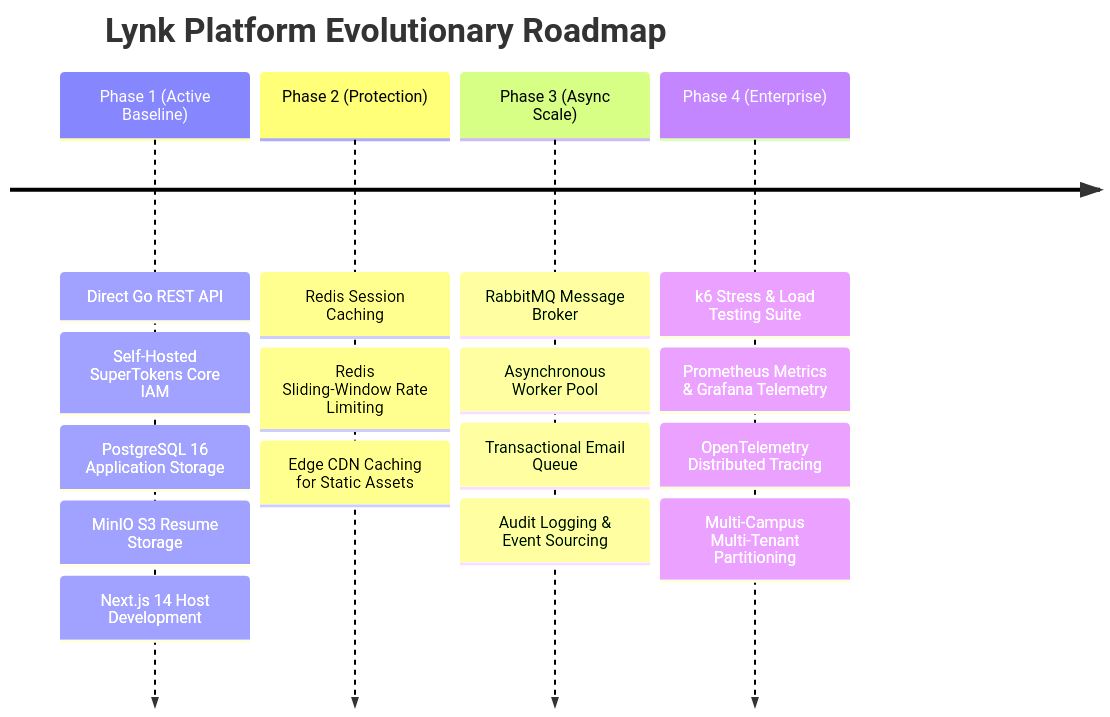
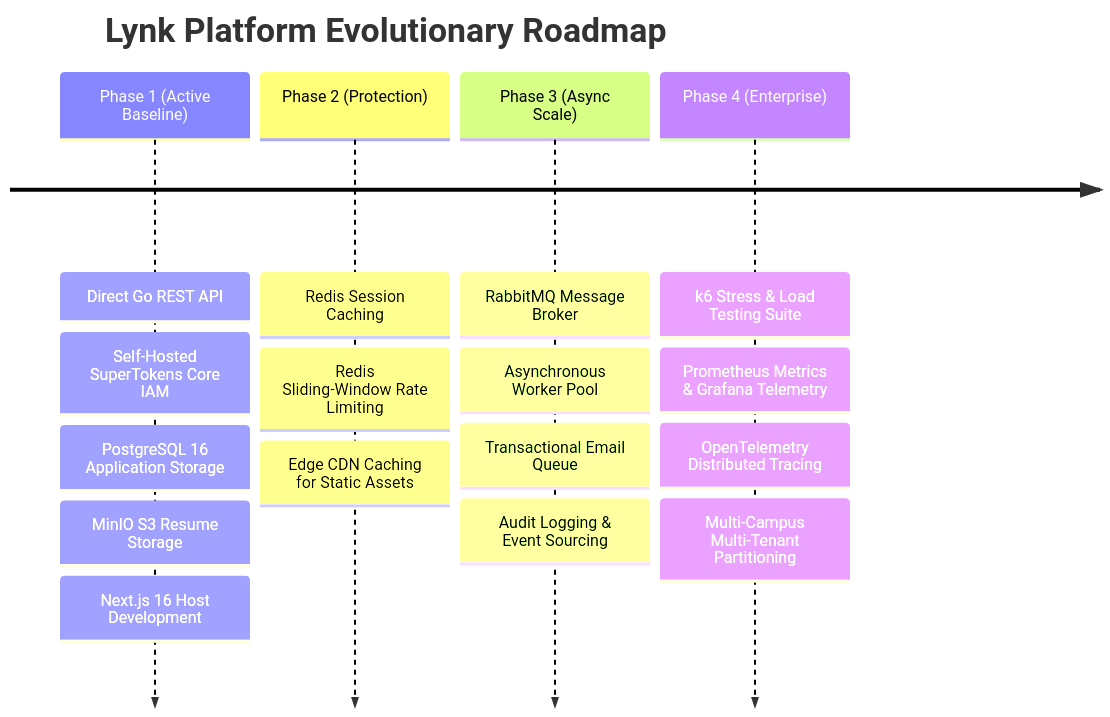
One commit to BIJJUDAMA/Lynk changed the second of 2 diagrams in docs/README.md. Above: the diagram before and after it, drawn with Mermaid. The commit also changed other lines of this file and 14 other files, not shown here.

Commit message:
docs: align documentation with verified system architecture and schemas

````diff
--- a/docs/README.md
+++ b/docs/README.md
@@ -421,20 +422,20 @@
 ```mermaid
 timeline
     title Lynk Platform Evolutionary Roadmap
     Phase 1 (Active Baseline) : Direct Go REST API
                          : Self-Hosted SuperTokens Core IAM
                          : PostgreSQL 16 Application Storage
                          : MinIO S3 Resume Storage
-                         : Next.js 14 Host Development
+                         : Next.js 16 Host Development
     Phase 2 (Protection) : Redis Session Caching
                          : Redis Sliding-Window Rate Limiting
                          : Edge CDN Caching for Static Assets
     Phase 3 (Async Scale) : RabbitMQ Message Broker
                           : Asynchronous Worker Pool
                           : Transactional Email Queue
                           : Audit Logging & Event Sourcing
     Phase 4 (Enterprise) : k6 Stress & Load Testing Suite
                          : Prometheus Metrics & Grafana Telemetry
                          : OpenTelemetry Distributed Tracing
                          : Multi-Campus Multi-Tenant Partitioning
 ```
````
